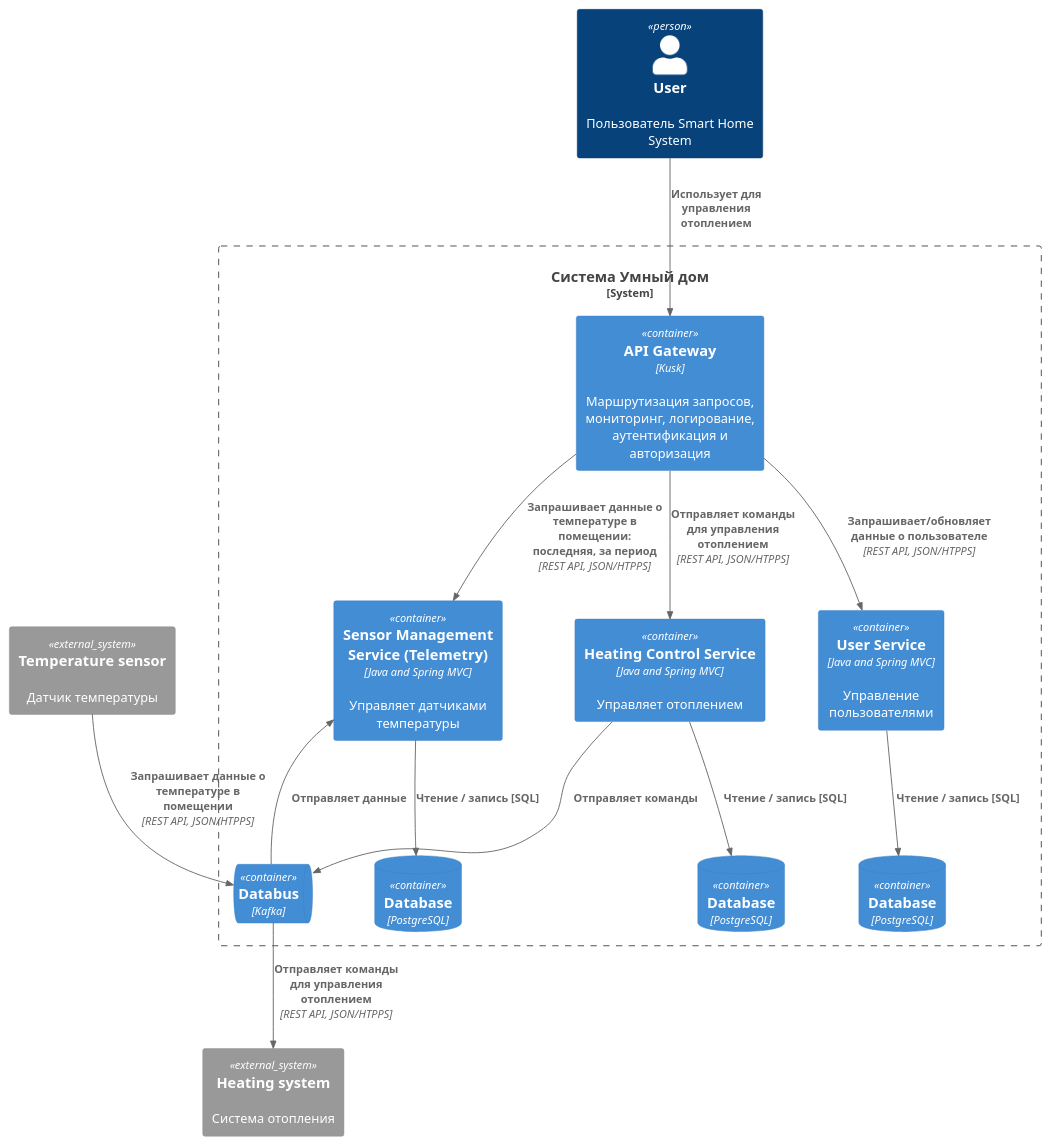
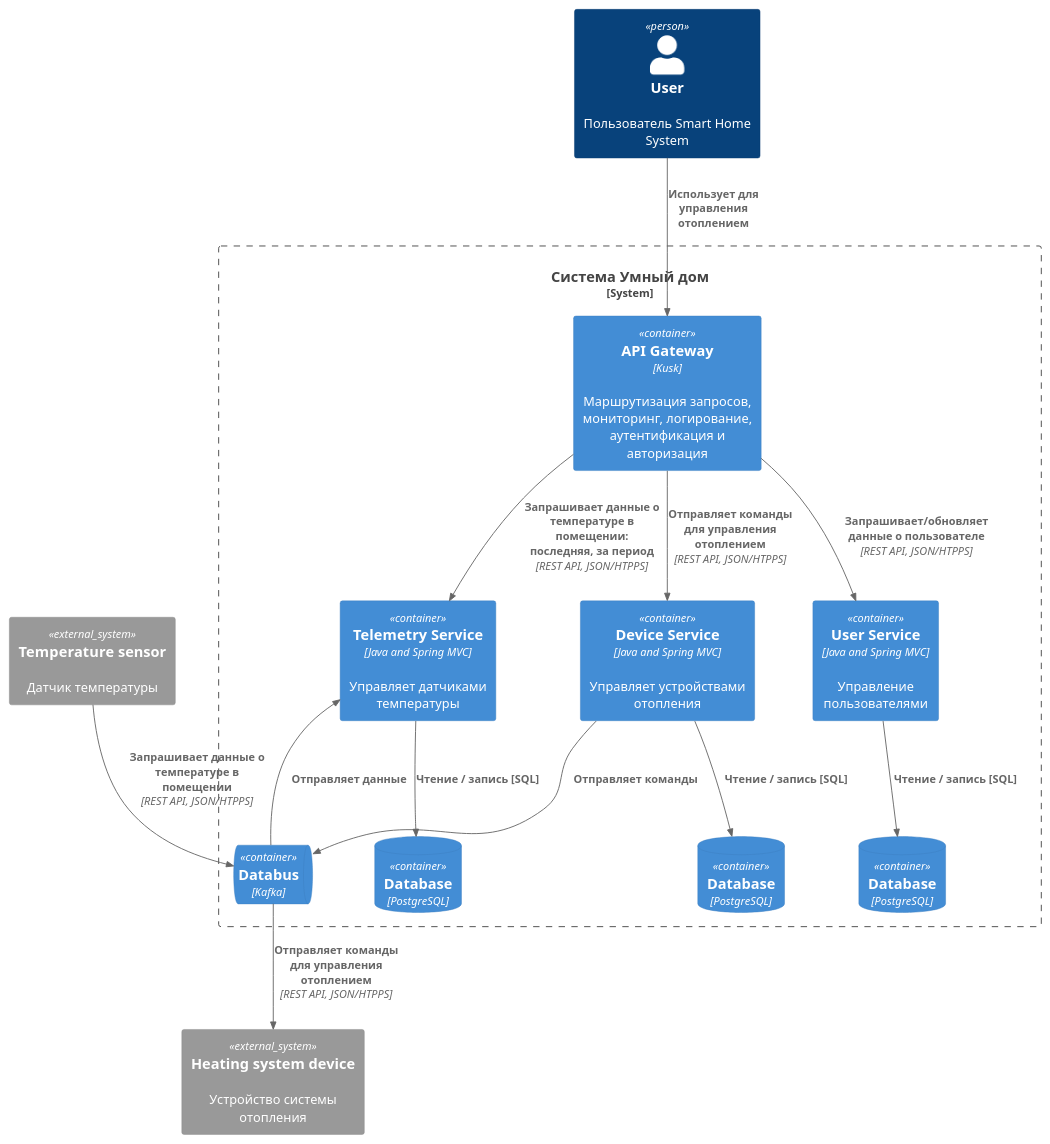
One commit to lgalkina/architecture-sprint-3 changed the diagram in diagrams/container.puml. Above: the diagram before and after it, drawn with PlantUML. The commit also changed 55 other files, not shown here.

```diff
--- a/diagrams/container.puml
+++ b/diagrams/container.puml
@@ -1,37 +1,37 @@
 @startuml
 
 !include https://raw.githubusercontent.com/plantuml-stdlib/C4-PlantUML/master/C4_Container.puml
 
 Person(user, "User", "Пользователь Smart Home System")
 System_Boundary(system, "Система Умный дом") {
     Container(apiGateway, "АPI Gateway", "Kusk", "Маршрутизация запросов, мониторинг, логирование, аутентификация и авторизация")
 
-    Container(heating_control, "Heating Control Service", "Java and Spring MVC", "Управляет отоплением")
-    Container(sensor_management, "Sensor Management Service (Telemetry)", "Java and Spring MVC", "Управляет датчиками температуры")
+    Container(device_control, "Device Service", "Java and Spring MVC", "Управляет устройствами отопления")
+    Container(telemetry_management, "Telemetry Service", "Java and Spring MVC", "Управляет датчиками температуры")
     Container(user_management, "User Service", "Java and Spring MVC", "Управление пользователями")
 
-    ContainerDb(heating_control_db, "Database", "PostgreSQL")
-    ContainerDb(sensor_management_db, "Database", "PostgreSQL")
+    ContainerDb(device_control_db, "Database", "PostgreSQL")
+    ContainerDb(telemetry_management_db, "Database", "PostgreSQL")
     ContainerDb(user_db, "Database", "PostgreSQL")
     ContainerQueue(kafka, "Databus", "Kafka")
 
-    Rel(apiGateway, heating_control, "Отправляет команды для управления отоплением", "REST API, JSON/HTPPS")
-    Rel(apiGateway, sensor_management, "Запрашивает данные о температуре в помещении: последняя, за период", "REST API, JSON/HTPPS")
+    Rel(apiGateway, device_control, "Отправляет команды для управления отоплением", "REST API, JSON/HTPPS")
+    Rel(apiGateway, telemetry_management, "Запрашивает данные о температуре в помещении: последняя, за период", "REST API, JSON/HTPPS")
     Rel(apiGateway, user_management, "Запрашивает/обновляет данные о пользователе", "REST API, JSON/HTPPS")
 
-    Rel(heating_control, kafka, "Отправляет команды")
-    Rel_L(kafka, sensor_management, "Отправляет данные")
+    Rel(device_control, kafka, "Отправляет команды")
+    Rel_L(kafka, telemetry_management, "Отправляет данные")
 
-    Rel(heating_control, heating_control_db, "Чтение / запись [SQL]")
-    Rel(sensor_management, sensor_management_db, "Чтение / запись [SQL]")
+    Rel(device_control, device_control_db, "Чтение / запись [SQL]")
+    Rel(telemetry_management, telemetry_management_db, "Чтение / запись [SQL]")
     Rel(user_management, user_db, "Чтение / запись [SQL]")
 }
 
-System_Ext(heating_system, "Heating system", "Система отопления")
+System_Ext(heating_system_device, "Heating system device", "Устройство системы отопления")
 System_Ext(temperature_sensor, "Temperature sensor", "Датчик температуры")
 
-Rel(kafka, heating_system, "Отправляет команды для управления отоплением", "REST API, JSON/HTPPS")
+Rel(kafka, heating_system_device, "Отправляет команды для управления отоплением", "REST API, JSON/HTPPS")
 Rel(temperature_sensor, kafka, "Запрашивает данные о температуре в помещении", "REST API, JSON/HTPPS")
 Rel(user, apiGateway, "Использует для управления отоплением")
 
 @enduml
```
